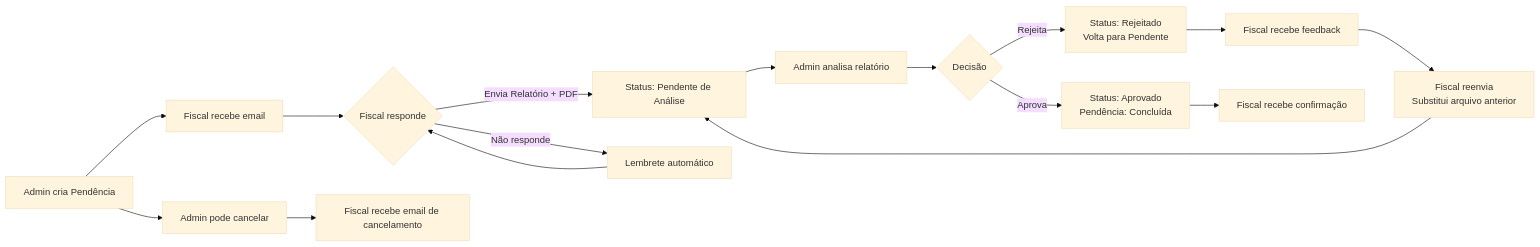
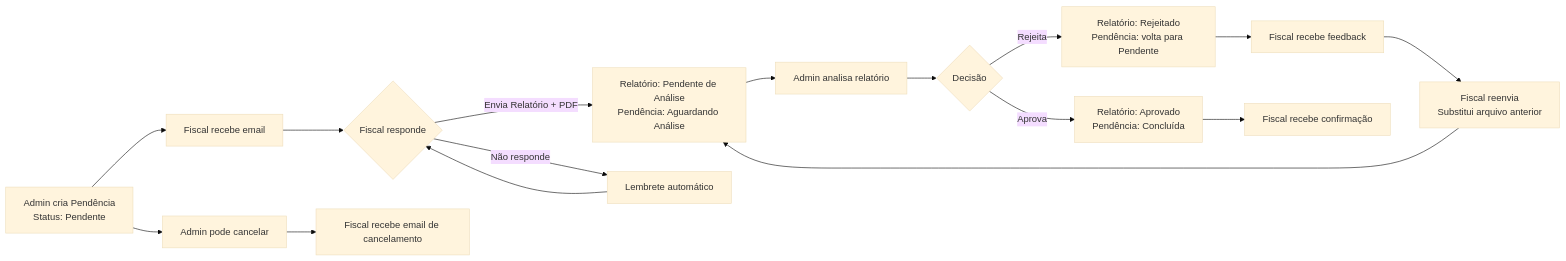
Before and after one commit to rafaelcostati/sigescon-fastapi: the diagram in README.md, drawn with Mermaid (base theme). The commit also changed other lines of this file and 3 other files, not shown here.

Commit message:
feat: add new fiscal dashboard endpoints and update status transitions for reports

````diff
--- a/README.md
+++ b/README.md
@@ -494,18 +498,18 @@
 ```mermaid
 graph LR
-    A[Admin cria Pendência] --> B[Fiscal recebe email]
+    A[Admin cria Pendência<br/>Status: Pendente] --> B[Fiscal recebe email]
     B --> C{Fiscal responde}
-    C -->|Envia Relatório + PDF| D[Status: Pendente de Análise]
+    C -->|Envia Relatório + PDF| D[Relatório: Pendente de Análise<br/>Pendência: Aguardando Análise]
     C -->|Não responde| E[Lembrete automático]
     E --> C
     A --> F[Admin pode cancelar]
     F --> G[Fiscal recebe email de cancelamento]
     D --> H[Admin analisa relatório]
     H --> I{Decisão}
-    I -->|Aprova| J[Status: Aprovado<br/>Pendência: Concluída]
-    I -->|Rejeita| K[Status: Rejeitado<br/>Volta para Pendente]
+    I -->|Aprova| J[Relatório: Aprovado<br/>Pendência: Concluída]
+    I -->|Rejeita| K[Relatório: Rejeitado<br/>Pendência: volta para Pendente]
     K --> L[Fiscal recebe feedback]
     L --> M[Fiscal reenvia<br/>Substitui arquivo anterior]
     M --> D
     J --> N[Fiscal recebe confirmação]
 ```
````
